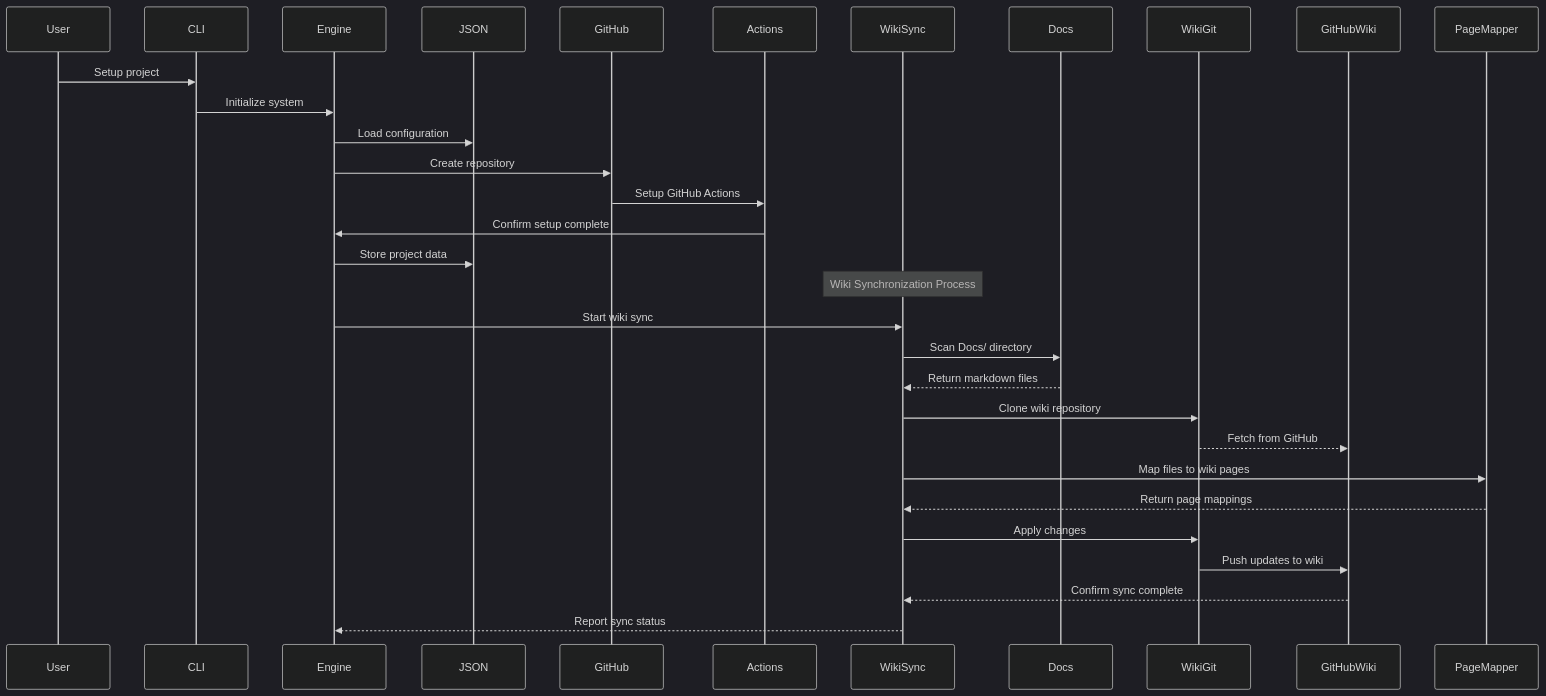
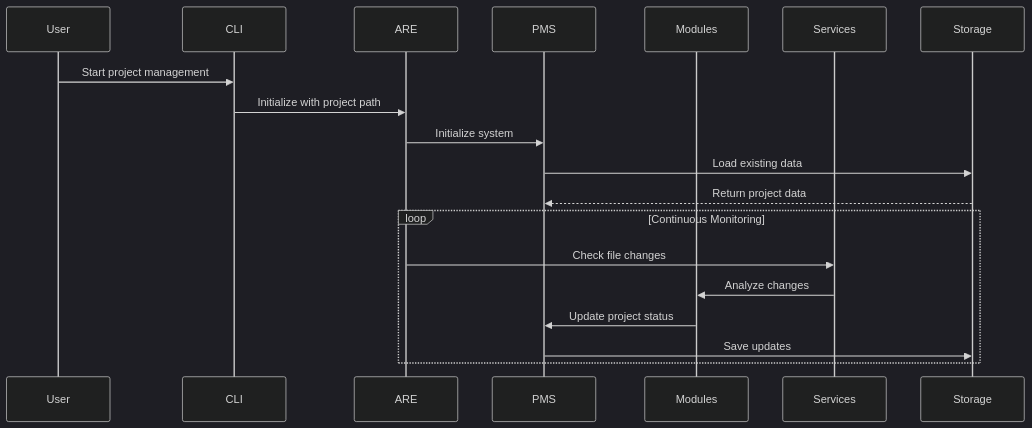
The third of 4 diagrams in README.md (Shakour-Data/AutoProjectManagement), drawn with Mermaid (dark theme) before and after one commit. The commit also changed other lines of this file, not shown here.

````diff
--- a/README.md
+++ b/README.md
@@ -187,35 +99,23 @@
 ```mermaid
 sequenceDiagram
     participant User
     participant CLI
-    participant Engine
-    participant JSON
-    participant GitHub
-    participant Actions
-    participant WikiSync
-    participant Docs
-    participant WikiGit
-    participant GitHubWiki
-    participant PageMapper
+    participant ARE
+    participant PMS
+    participant Modules
+    participant Services
+    participant Storage
     
-    User->>CLI: Setup project
-    CLI->>Engine: Initialize system
-    Engine->>JSON: Load configuration
-    Engine->>GitHub: Create repository
-    GitHub->>Actions: Setup GitHub Actions
-    Actions->>Engine: Confirm setup complete
-    Engine->>JSON: Store project data
+    User->>CLI: Start project management
+    CLI->>ARE: Initialize with project path
+    ARE->>PMS: Initialize system
+    PMS->>Storage: Load existing data
+    Storage-->>PMS: Return project data
     
-    Note over WikiSync: Wiki Synchronization Process
-    Engine->>WikiSync: Start wiki sync
-    WikiSync->>Docs: Scan Docs/ directory
-    Docs-->>WikiSync: Return markdown files
-    WikiSync->>WikiGit: Clone wiki repository
-    WikiGit-->>GitHubWiki: Fetch from GitHub
-    WikiSync->>PageMapper: Map files to wiki pages
-    PageMapper-->>WikiSync: Return page mappings
-    WikiSync->>WikiGit: Apply changes
-    WikiGit->>GitHubWiki: Push updates to wiki
-    GitHubWiki-->>WikiSync: Confirm sync complete
-    WikiSync-->>Engine: Report sync status
+    loop Continuous Monitoring
+        ARE->>Services: Check file changes
+        Services->>Modules: Analyze changes
+        Modules->>PMS: Update project status
+        PMS->>Storage: Save updates
+    end
 ```
````
